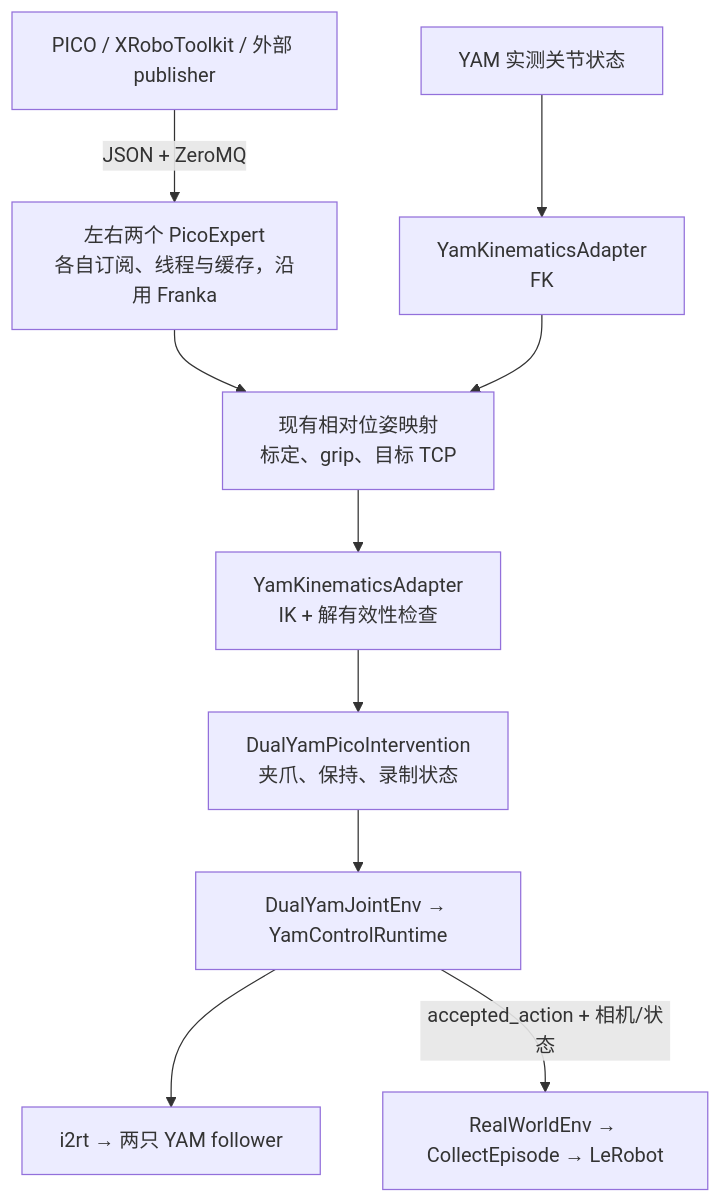
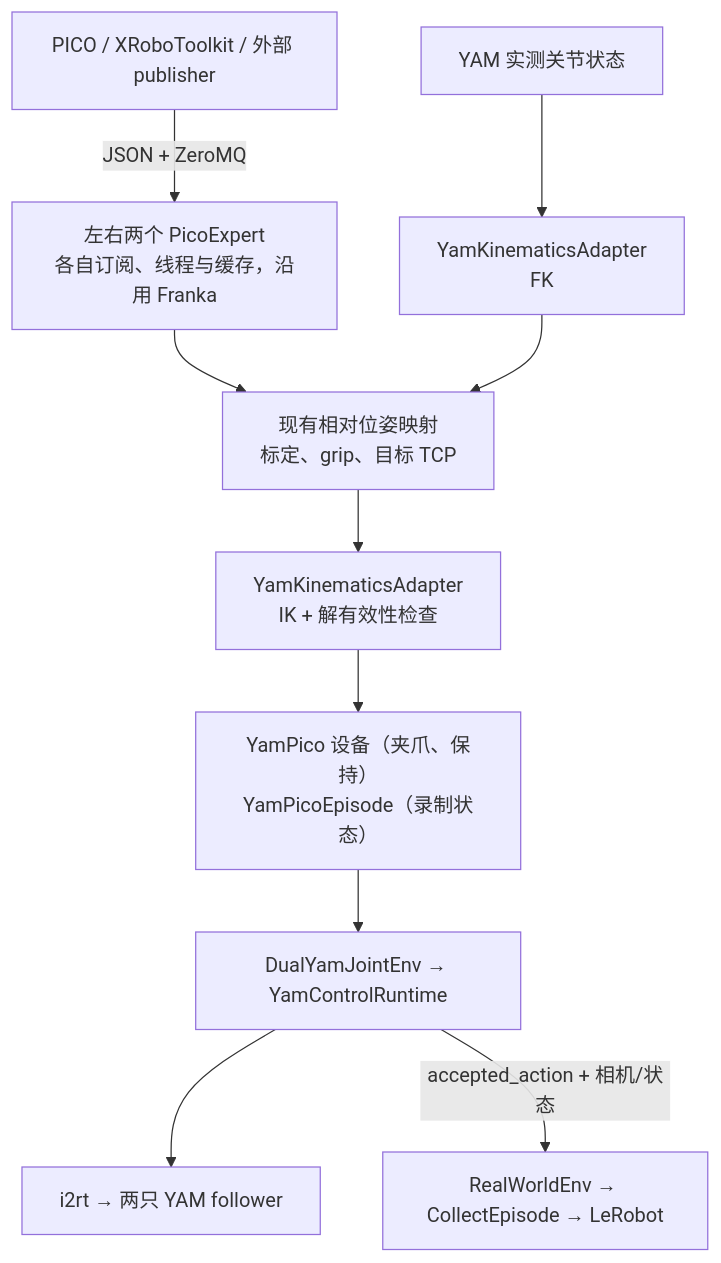
The diagram in docs/plan.md (qurakchin/RLinf), drawn with Mermaid before and after one commit. The commit also changed other lines of this file and 37 other files, not shown here.

````diff
--- a/docs/plan.md
+++ b/docs/plan.md
@@ -68,12 +69,12 @@
 ```mermaid
 flowchart TD
     A["PICO / XRoboToolkit / 外部 publisher"] -->|"JSON + ZeroMQ"| B["左右两个 PicoExpert<br/>各自订阅、线程与缓存，沿用 Franka"]
     B --> C["现有相对位姿映射<br/>标定、grip、目标 TCP"]
     D["YAM 实测关节状态"] --> E["YamKinematicsAdapter<br/>FK"]
     E --> C
     C --> F["YamKinematicsAdapter<br/>IK + 解有效性检查"]
-    F --> G["DualYamPicoIntervention<br/>夹爪、保持、录制状态"]
+    F --> G["YamPico 设备（夹爪、保持）<br/>YamPicoEpisode（录制状态）"]
     G --> H["DualYamJointEnv → YamControlRuntime"]
     H --> I["i2rt → 两只 YAM follower"]
     H -->|"accepted_action + 相机/状态"| J["RealWorldEnv → CollectEpisode → LeRobot"]
 ```
````
